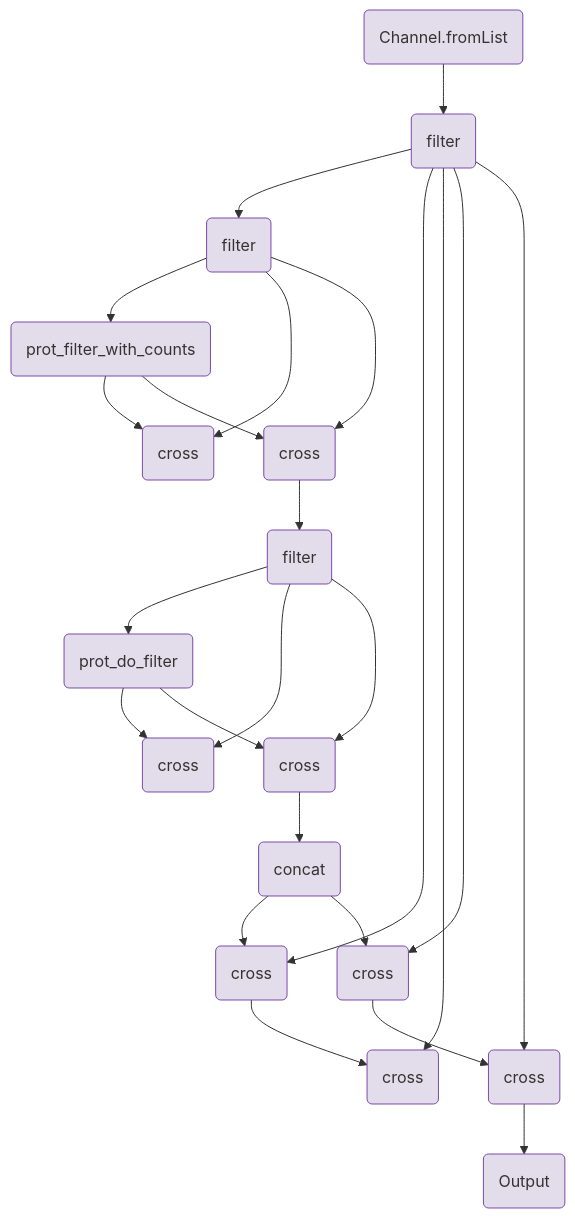
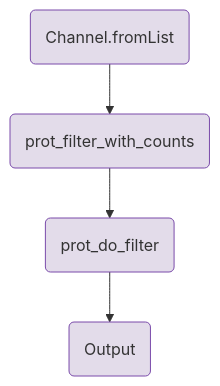
Before and after one commit to openpipelines-bio/website: the diagram in components/workflows/prot/prot_singlesample.qmd, drawn with Mermaid. The commit also changed other lines of this file and 144 other files, not shown here.

````diff
--- a/components/workflows/prot/prot_singlesample.qmd
+++ b/components/workflows/prot/prot_singlesample.qmd
@@ -117,59 +115,15 @@
 ```{mermaid}
 flowchart TB
     v0(Channel.fromList)
-    v2(filter)
-    v10(filter)
     v18(prot_filter_with_counts)
-    v25(cross)
-    v35(cross)
-    v41(filter)
-    v71(concat)
-    v49(prot_do_filter)
-    v56(cross)
-    v66(cross)
-    v78(cross)
-    v85(cross)
-    v97(cross)
-    v104(cross)
-    v108(Output)
-    v0-->v2
-    v2-->v10
-    v10-->v18
-    v18-->v25
-    v10-->v25
-    v10-->v35
-    v41-->v49
-    v49-->v56
-    v41-->v56
-    v41-->v66
-    v66-->v71
-    v71-->v78
-    v2-->v78
-    v78-->v85
-    v2-->v85
-    v2-->v97
-    v97-->v104
-    v2-->v104
-    v104-->v108
-    v35-->v41
-    v18-->v35
-    v49-->v66
-    v71-->v97
+    v38(prot_do_filter)
+    v66(Output)
+    v0-->v18
+    v18-->v38
+    v38-->v66
     style v0 fill:#e3dcea,stroke:#7a4baa;
-    style v2 fill:#e3dcea,stroke:#7a4baa;
-    style v10 fill:#e3dcea,stroke:#7a4baa;
     style v18 fill:#e3dcea,stroke:#7a4baa;
-    style v25 fill:#e3dcea,stroke:#7a4baa;
-    style v35 fill:#e3dcea,stroke:#7a4baa;
-    style v41 fill:#e3dcea,stroke:#7a4baa;
-    style v71 fill:#e3dcea,stroke:#7a4baa;
-    style v49 fill:#e3dcea,stroke:#7a4baa;
-    style v56 fill:#e3dcea,stroke:#7a4baa;
+    style v38 fill:#e3dcea,stroke:#7a4baa;
     style v66 fill:#e3dcea,stroke:#7a4baa;
-    style v78 fill:#e3dcea,stroke:#7a4baa;
-    style v85 fill:#e3dcea,stroke:#7a4baa;
-    style v97 fill:#e3dcea,stroke:#7a4baa;
-    style v104 fill:#e3dcea,stroke:#7a4baa;
-    style v108 fill:#e3dcea,stroke:#7a4baa;
 
 ```
````
